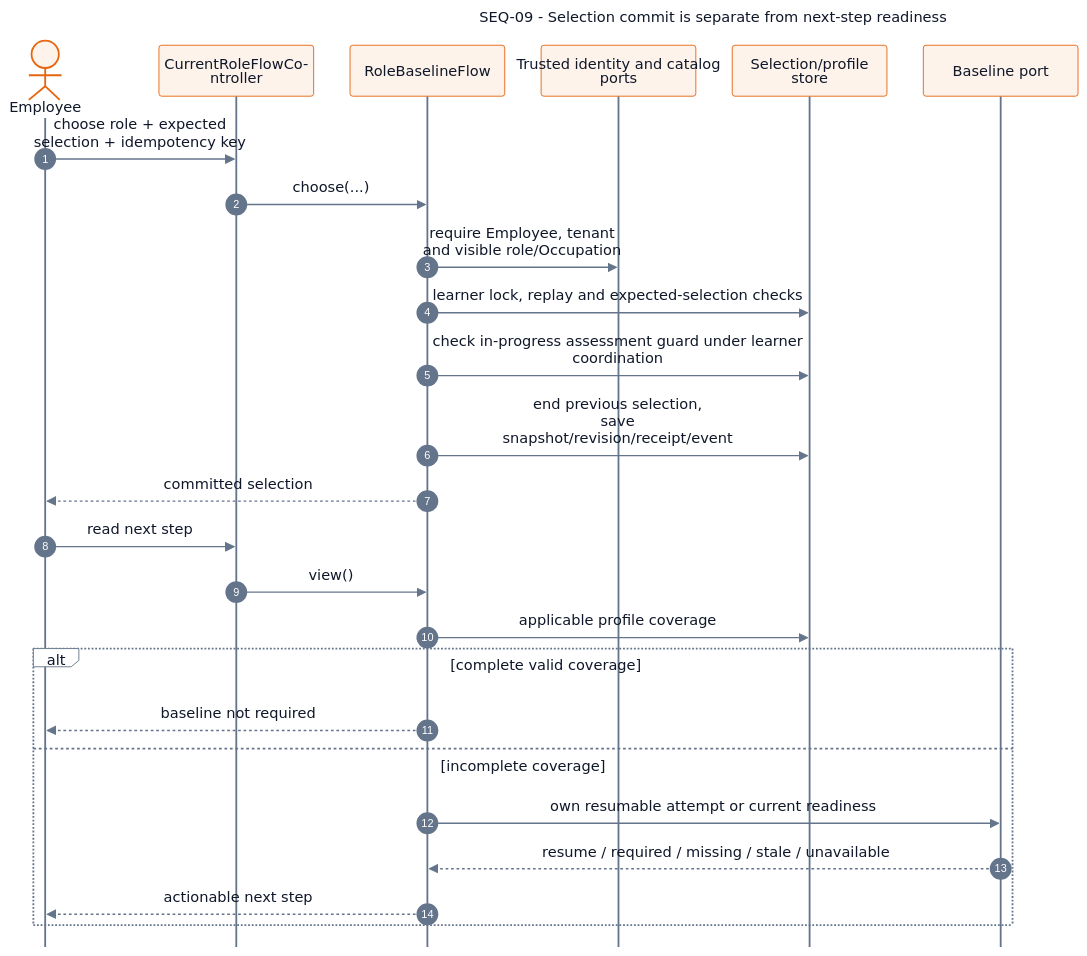
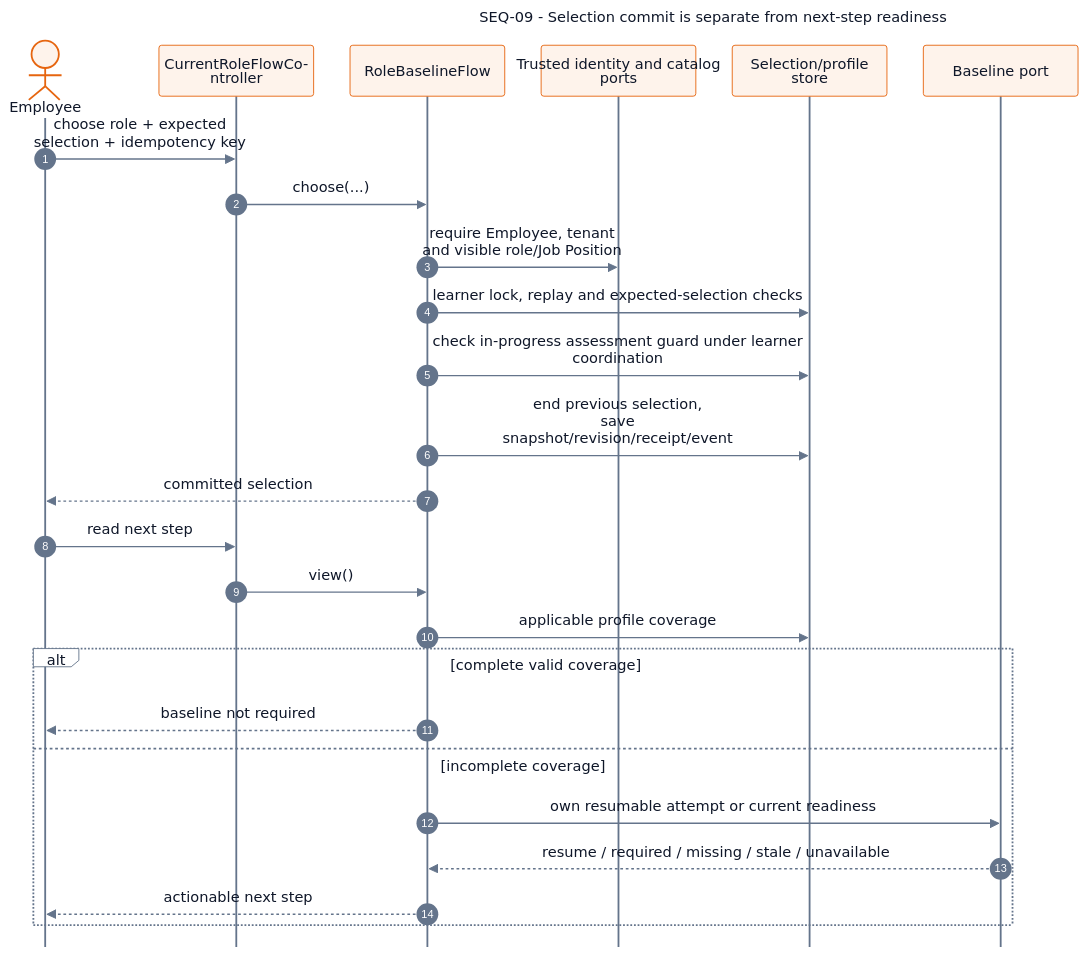
The diagram in documents/diagrams/mermaid/seq-09.mmd (SEP490-Fall-2026-GFA26SE64/SEP490), drawn with Mermaid before and after one commit. The commit also changed 760 other files, not shown here.

Commit message:
feat: implement department & job position governance, user assignment, and ontology graph styling

```diff
--- a/documents/diagrams/mermaid/seq-09.mmd
+++ b/documents/diagrams/mermaid/seq-09.mmd
@@ -1,29 +1,29 @@
 ---
 title: "SEQ-09 - Selection commit is separate from next-step readiness"
 config: {"theme":"base","fontFamily":"Segoe UI, Arial, sans-serif","themeVariables":{"fontFamily":"Segoe UI, Arial, sans-serif","fontSize":"16px","primaryColor":"#ffffff","primaryTextColor":"#0f1729","primaryBorderColor":"#64748b","secondaryColor":"#fef3eb","tertiaryColor":"#ffffff","lineColor":"#64748b","textColor":"#0f1729","mainBkg":"#ffffff","background":"#ffffff","clusterBkg":"#ffffff","clusterBorder":"#64748b","edgeLabelBackground":"#ffffff","titleColor":"#0f1729","noteBkgColor":"#fef3eb","noteTextColor":"#0f1729","noteBorderColor":"#e6650f","actorBkg":"#fef3eb","actorBorder":"#e6650f","actorTextColor":"#0f1729","actorLineColor":"#64748b","signalColor":"#64748b","signalTextColor":"#0f1729","labelBoxBkgColor":"#ffffff","labelBoxBorderColor":"#64748b","labelTextColor":"#0f1729","loopTextColor":"#0f1729","activationBkgColor":"#fef3eb","activationBorderColor":"#e6650f","sequenceNumberColor":"#ffffff","secondaryBorderColor":"#64748b","tertiaryBorderColor":"#64748b","secondaryTextColor":"#0f1729","tertiaryTextColor":"#0f1729"},"sequence":{"actorMargin":40,"width":170,"height":56,"diagramMarginX":24,"diagramMarginY":24,"boxMargin":12,"boxTextMargin":8,"noteMargin":16,"messageMargin":38,"mirrorActors":false,"wrap":true,"wrapPadding":12,"actorFontSize":15,"messageFontSize":14,"noteFontSize":14,"actorFontFamily":"Segoe UI, Arial, sans-serif","messageFontFamily":"Segoe UI, Arial, sans-serif","noteFontFamily":"Segoe UI, Arial, sans-serif"},"themeCSS":".actor-line { stroke-width: 1px; }"}
 ---
 sequenceDiagram
   autonumber
   actor SDD_SEQ_09_Employee as Employee
   participant SDD_SEQ_09_API as CurrentRoleFlowController
   participant SDD_SEQ_09_Flow as RoleBaselineFlow
   participant SDD_SEQ_09_Guard as Trusted identity and catalog<br/>ports
   participant SDD_SEQ_09_DB as Selection/profile store
   participant SDD_SEQ_09_Baseline as Baseline port
   SDD_SEQ_09_Employee->>SDD_SEQ_09_API: choose role + expected selection + idempotency key
   SDD_SEQ_09_API->>SDD_SEQ_09_Flow: choose(...)
-  SDD_SEQ_09_Flow->>SDD_SEQ_09_Guard: require Employee, tenant and visible role/Occupation
+  SDD_SEQ_09_Flow->>SDD_SEQ_09_Guard: require Employee, tenant and visible role/Job Position
   SDD_SEQ_09_Flow->>SDD_SEQ_09_DB: learner lock, replay and expected-selection checks
   SDD_SEQ_09_Flow->>SDD_SEQ_09_DB: check in-progress assessment guard under learner<br/>coordination
   SDD_SEQ_09_Flow->>SDD_SEQ_09_DB: end previous selection, save<br/>snapshot/revision/receipt/event
   SDD_SEQ_09_Flow-->>SDD_SEQ_09_Employee: committed selection
   SDD_SEQ_09_Employee->>SDD_SEQ_09_API: read next step
   SDD_SEQ_09_API->>SDD_SEQ_09_Flow: view()
   SDD_SEQ_09_Flow->>SDD_SEQ_09_DB: applicable profile coverage
   alt complete valid coverage
   SDD_SEQ_09_Flow-->>SDD_SEQ_09_Employee: baseline not required
   else incomplete coverage
   SDD_SEQ_09_Flow->>SDD_SEQ_09_Baseline: own resumable attempt or current readiness
   SDD_SEQ_09_Baseline-->>SDD_SEQ_09_Flow: resume / required / missing / stale / unavailable
   SDD_SEQ_09_Flow-->>SDD_SEQ_09_Employee: actionable next step
   end
```
